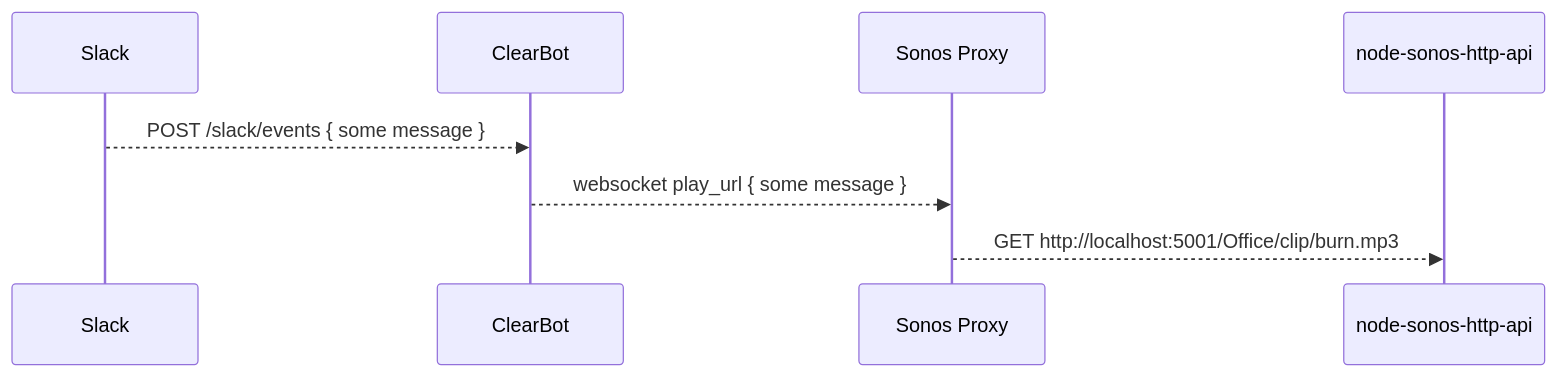
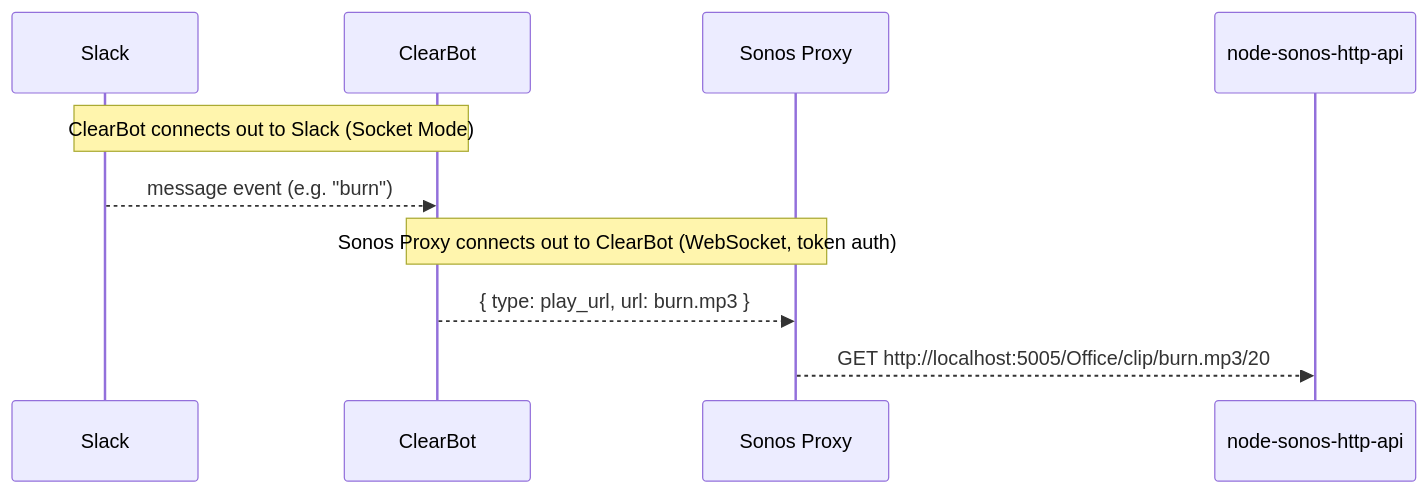
Before and after one commit to clearfunction/sonos-proxy-nodejs: the diagram in README.md, drawn with Mermaid. The commit also changed other lines of this file and 10 other files, not shown here.

````diff
--- a/README.md
+++ b/README.md
@@ -9,6 +14,8 @@
 ```mermaid
 sequenceDiagram
-    Slack-->>ClearBot: POST /slack/events { some message }
-    ClearBot-->>Sonos Proxy: websocket play_url { some message }
-    Sonos Proxy-->>node-sonos-http-api: GET http://localhost:5001/Office/clip/burn.mp3
+    Note over Slack,ClearBot: ClearBot connects out to Slack (Socket Mode)
+    Slack-->>ClearBot: message event (e.g. "burn")
+    Note over ClearBot,Sonos Proxy: Sonos Proxy connects out to ClearBot (WebSocket, token auth)
+    ClearBot-->>Sonos Proxy: { type: play_url, url: burn.mp3 }
+    Sonos Proxy-->>node-sonos-http-api: GET http://localhost:5005/Office/clip/burn.mp3/20
 ```
````
